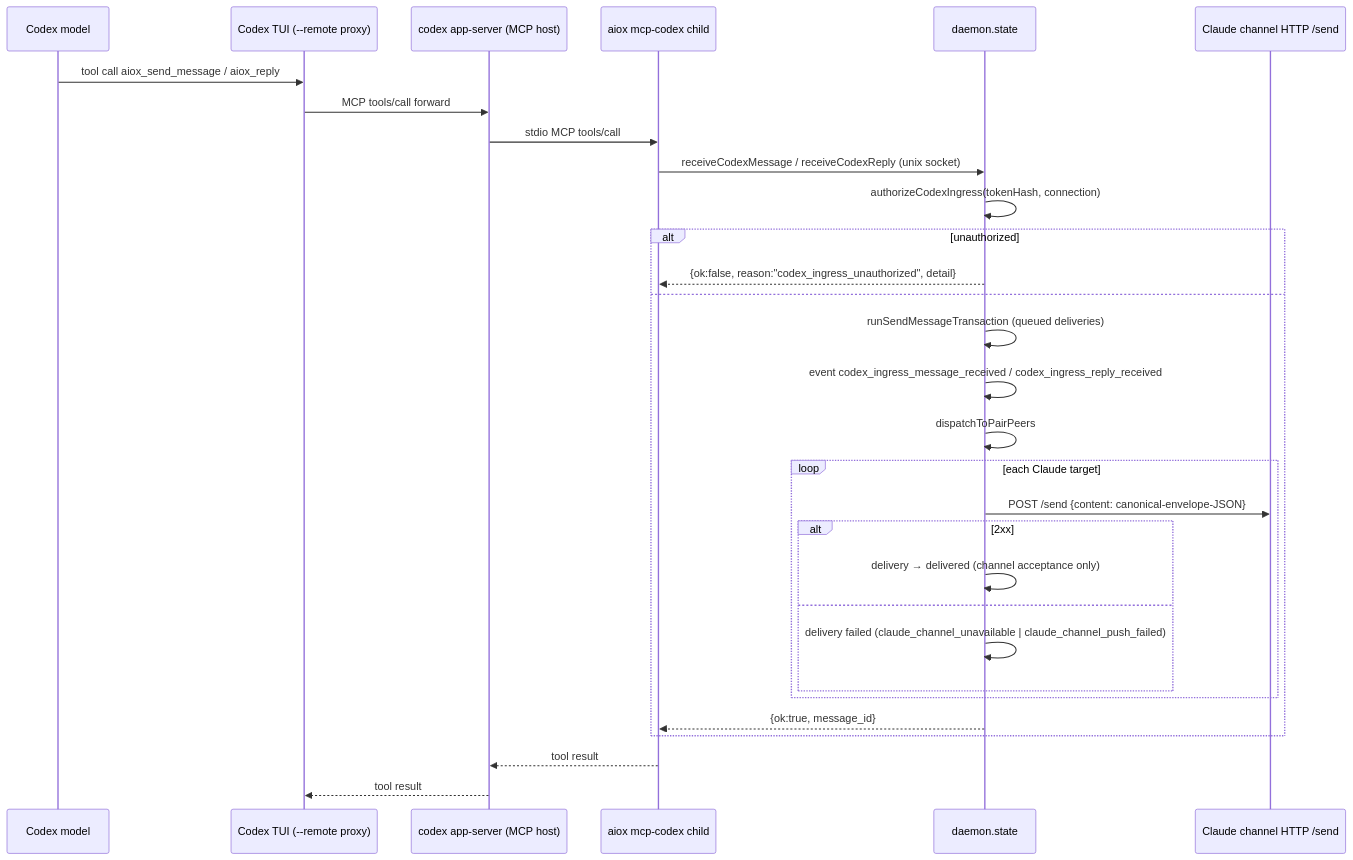
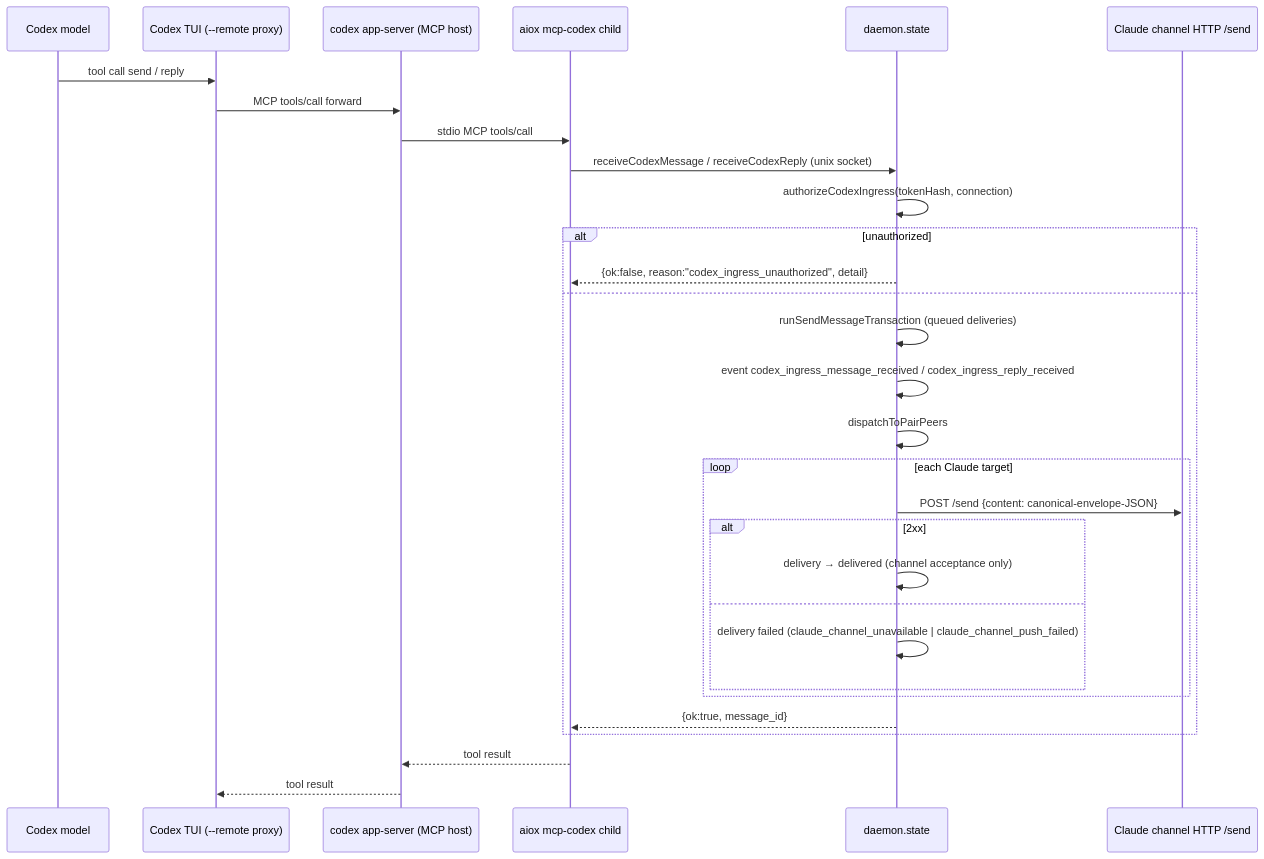
The diagram in docs/architecture/local-runtime-codex-adapter.md (lunaxislu/Aiox), drawn with Mermaid before and after one commit. The commit also changed other lines of this file and 9 other files, not shown here.

Commit message:
feat(mcp): unify send reply contract

````diff
--- a/docs/architecture/local-runtime-codex-adapter.md
+++ b/docs/architecture/local-runtime-codex-adapter.md
@@ -313,33 +313,33 @@
 ```mermaid
 sequenceDiagram
   participant Codex as Codex model
   participant TUI as Codex TUI (--remote proxy)
   participant AppSrv as codex app-server (MCP host)
   participant MCP as aiox mcp-codex child
   participant D as daemon.state
   participant ClChan as Claude channel HTTP /send
 
-  Codex->>TUI: tool call aiox_send_message / aiox_reply
+  Codex->>TUI: tool call send / reply
   TUI->>AppSrv: MCP tools/call forward
   AppSrv->>MCP: stdio MCP tools/call
   MCP->>D: receiveCodexMessage / receiveCodexReply (unix socket)
   D->>D: authorizeCodexIngress(tokenHash, connection)
   alt unauthorized
     D-->>MCP: {ok:false, reason:"codex_ingress_unauthorized", detail}
   else
     D->>D: runSendMessageTransaction (queued deliveries)
     D->>D: event codex_ingress_message_received / codex_ingress_reply_received
     D->>D: dispatchToPairPeers
     loop each Claude target
       D->>ClChan: POST /send {content: canonical-envelope-JSON}
       alt 2xx
         D->>D: delivery → delivered (channel acceptance only)
       else
         D->>D: delivery failed (claude_channel_unavailable | claude_channel_push_failed)
       end
     end
     D-->>MCP: {ok:true, message_id}
   end
   MCP-->>AppSrv: tool result
   AppSrv-->>TUI: tool result
 ```
````
